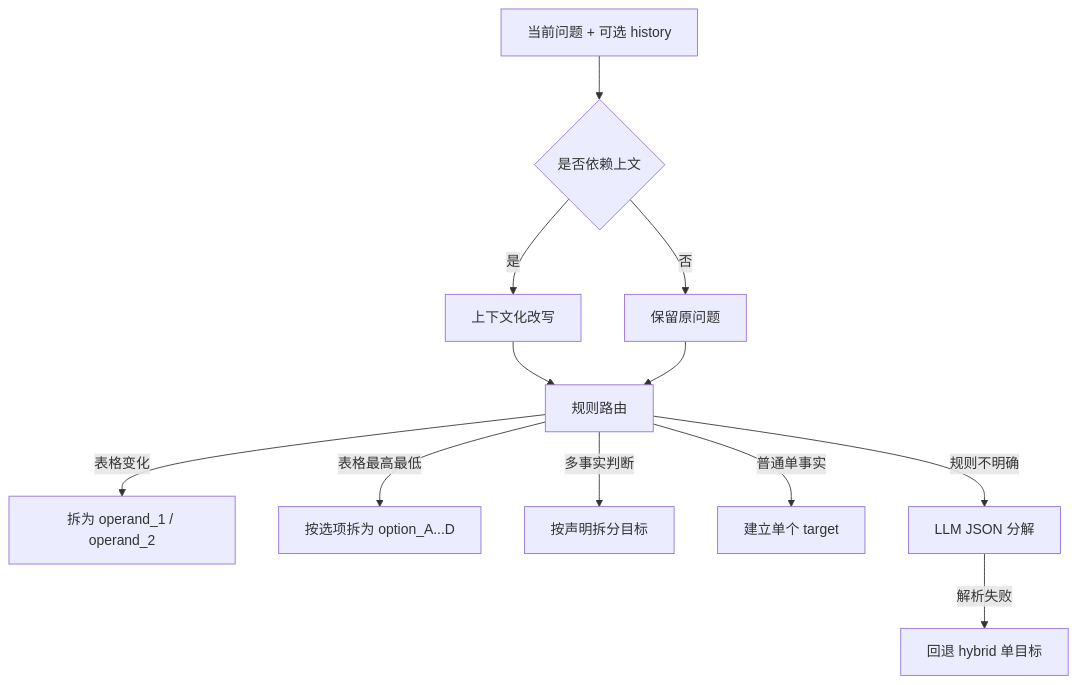
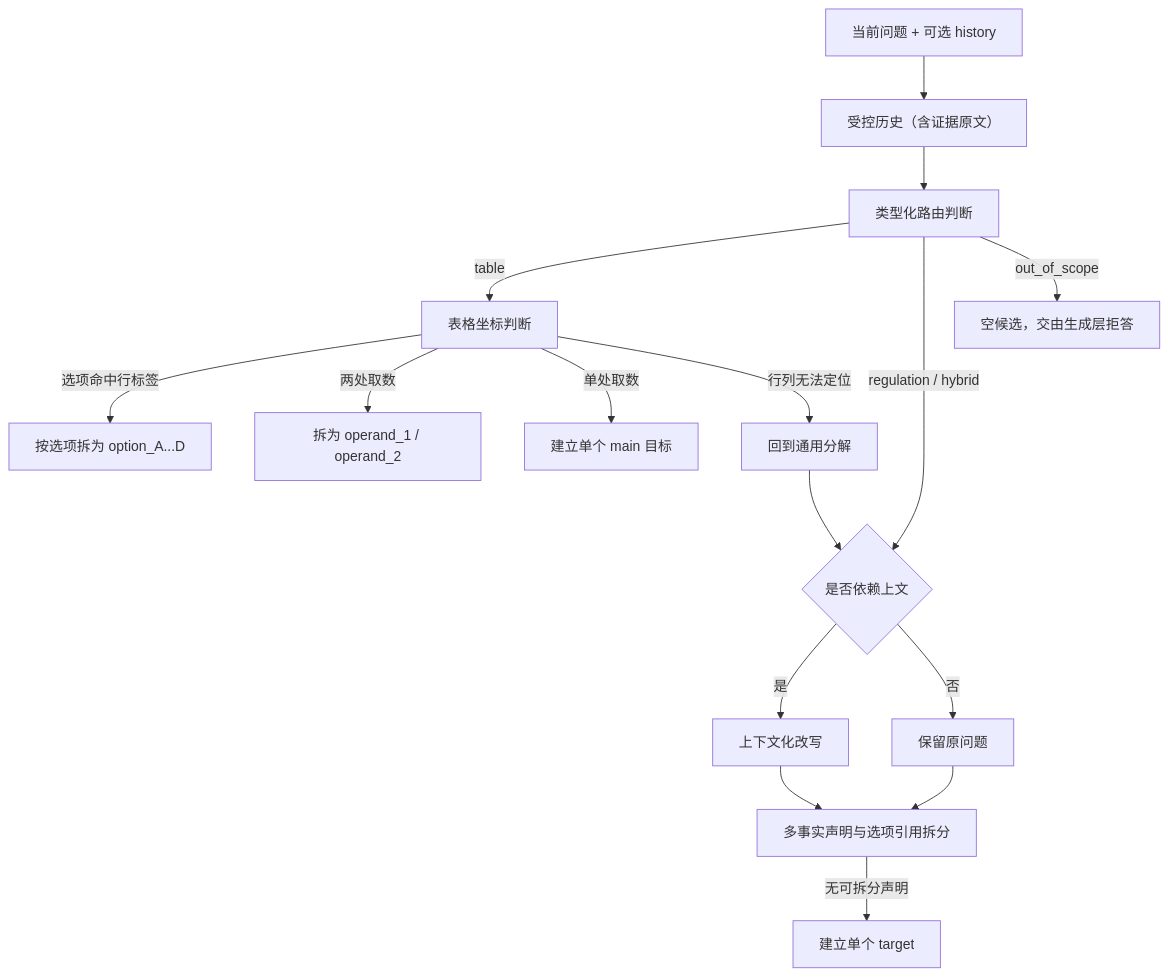
Before and after one commit to wxl-0/trusted-rag-banking: the third of 4 diagrams in docs/技术文档.md, drawn with Mermaid. The commit also changed other lines of this file and 4 other files, not shown here.

````diff
--- a/docs/技术文档.md
+++ b/docs/技术文档.md
@@ -325,14 +325,18 @@
 ```mermaid
 flowchart TD
-    A["当前问题 + 可选 history"] --> B{"是否依赖上文"}
-    B -->|是| C["上下文化改写"]
-    B -->|否| D["保留原问题"]
-    C --> E["规则路由"]
-    D --> E
-    E -->|表格变化| F["拆为 operand_1 / operand_2"]
-    E -->|表格最高最低| G["按选项拆为 option_A...D"]
-    E -->|多事实判断| H["按声明拆分目标"]
-    E -->|普通单事实| I["建立单个 target"]
-    E -->|规则不明确| J["LLM JSON 分解"]
-    J -->|解析失败| K["回退 hybrid 单目标"]
+    A["当前问题 + 可选 history"] --> B["受控历史（含证据原文）"]
+    B --> C["类型化路由判断"]
+    C -->|table| D["表格坐标判断"]
+    D -->|选项命中行标签| E["按选项拆为 option_A...D"]
+    D -->|两处取数| F["拆为 operand_1 / operand_2"]
+    D -->|单处取数| G["建立单个 main 目标"]
+    D -->|行列无法定位| H["回到通用分解"]
+    C -->|regulation / hybrid| I{"是否依赖上文"}
+    H --> I
+    I -->|是| J["上下文化改写"]
+    I -->|否| K["保留原问题"]
+    J --> L["多事实声明与选项引用拆分"]
+    K --> L
+    L -->|无可拆分声明| M["建立单个 target"]
+    C -->|out_of_scope| N["空候选，交由生成层拒答"]
 ```
````
